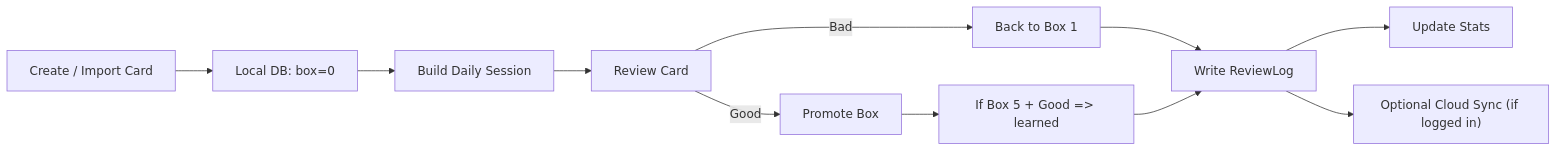
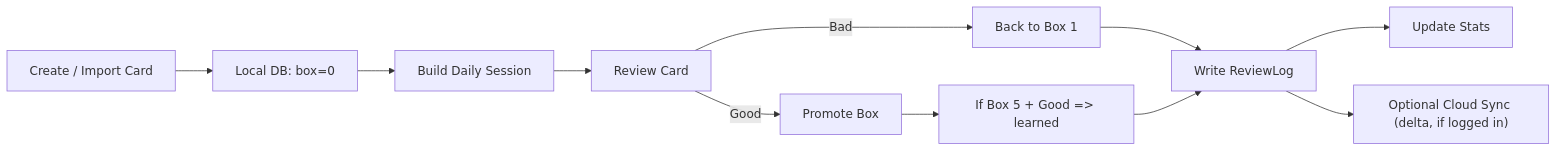
The diagram in README.md (V0latix/Flashcards), drawn with Mermaid before and after one commit. The commit also changed other lines of this file and 18 other files, not shown here.

````diff
--- a/README.md
+++ b/README.md
@@ -83,13 +90,13 @@
 ```mermaid
 flowchart LR
   A["Create / Import Card"] --> B["Local DB: box=0"]
   B --> C["Build Daily Session"]
   C --> D["Review Card"]
   D -->|Good| E["Promote Box"]
   D -->|Bad| F["Back to Box 1"]
   E --> G["If Box 5 + Good => learned"]
   F --> H["Write ReviewLog"]
   G --> H["Write ReviewLog"]
   H --> I["Update Stats"]
-  H --> J["Optional Cloud Sync (if logged in)"]
+  H --> J["Optional Cloud Sync (delta, if logged in)"]
 ```
````
